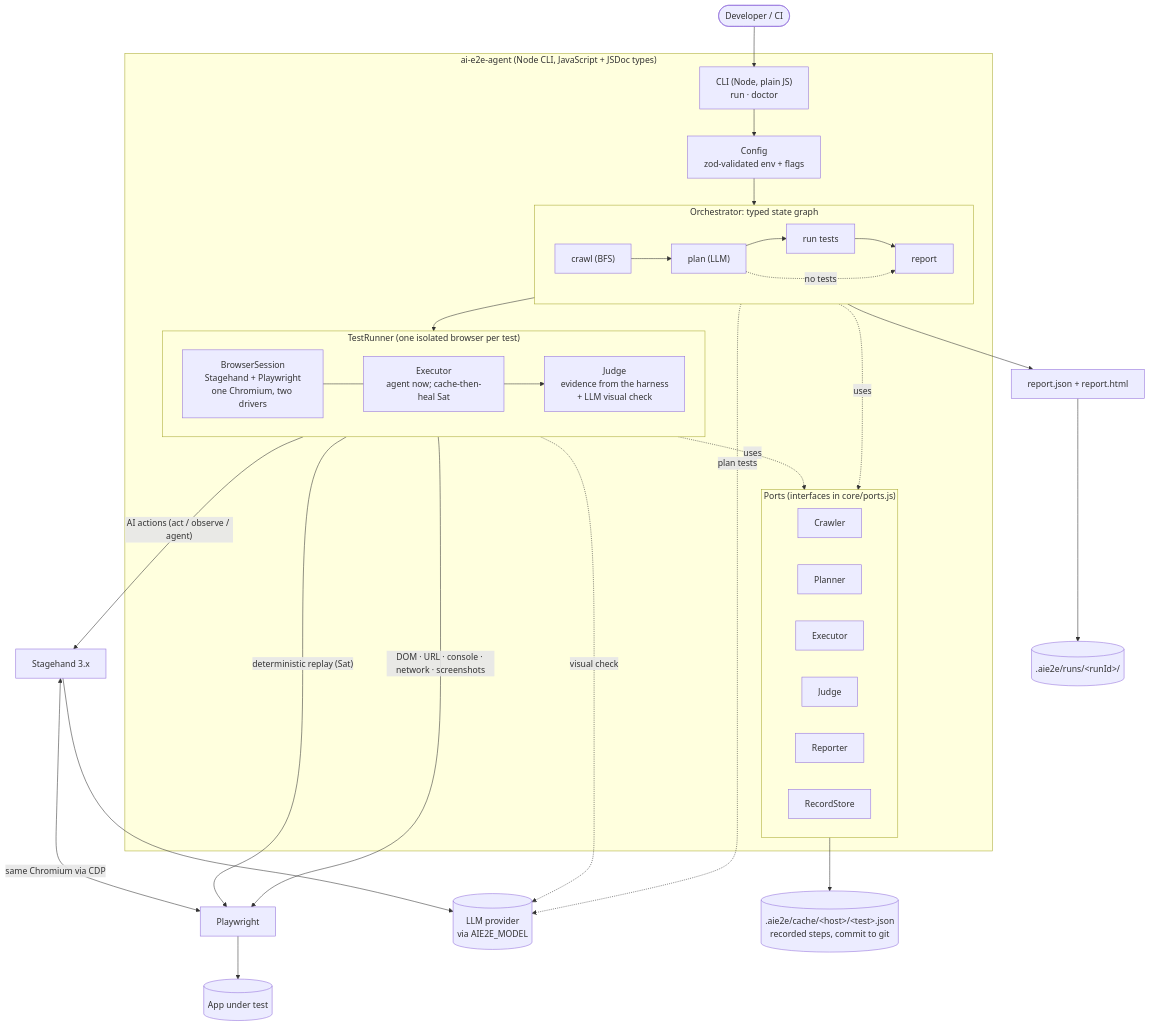
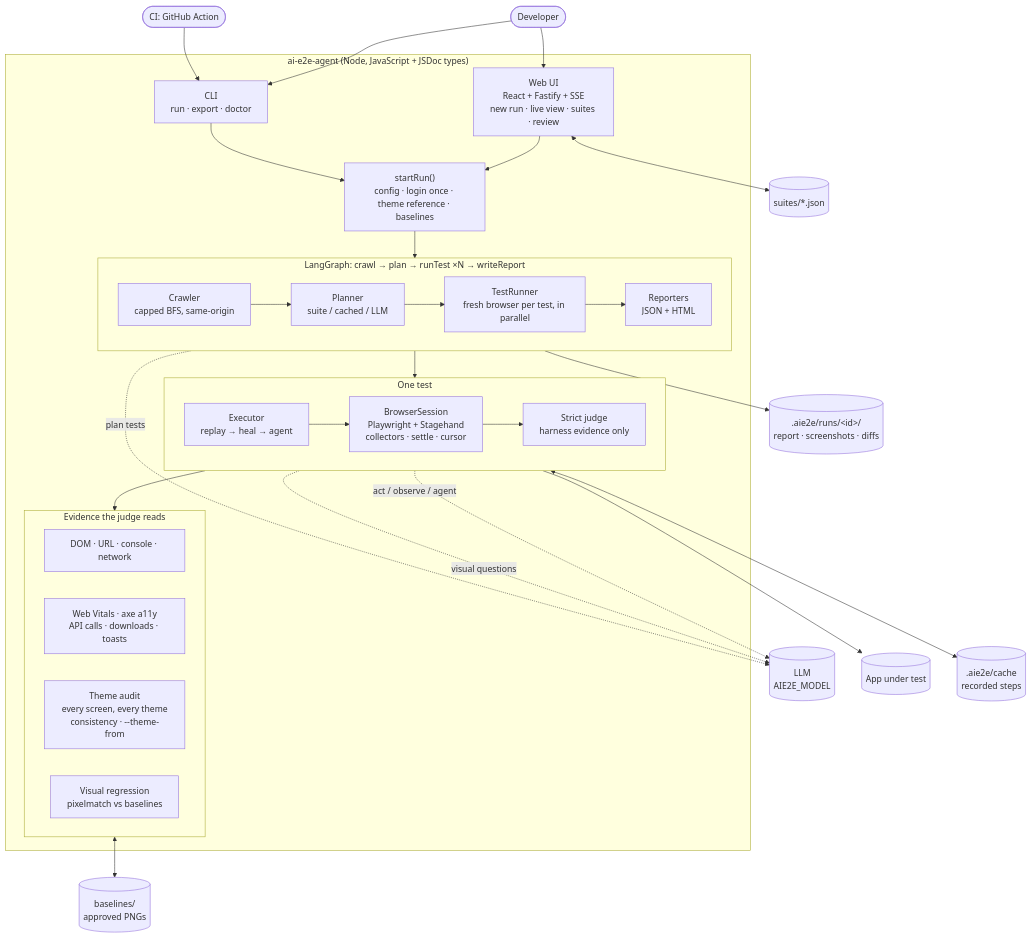
Before and after one commit to Roh4n-1729/AI-E2E-Testing-Agent: the diagram in docs/diagrams/01-components.mmd, drawn with Mermaid. The commit also changed 55 other files, not shown here.

Commit message:
feat: theme check against another product, JSX attribute types, reusable GitHub Action

```diff
--- a/docs/diagrams/01-components.mmd
+++ b/docs/diagrams/01-components.mmd
@@ -1,51 +1,48 @@
 flowchart TB
-  user([Developer / CI]) --> cli
+  dev([Developer]) --> ui
+  dev --> cli
+  ci([CI: GitHub Action]) --> cli
 
-  subgraph app["ai-e2e-agent (Node CLI, JavaScript + JSDoc types)"]
-    cli["CLI (Node, plain JS)<br/>run · doctor"]
-    cfg["Config<br/>zod-validated env + flags"]
+  subgraph app["ai-e2e-agent (Node, JavaScript + JSDoc types)"]
+    ui["Web UI<br/>React + Fastify + SSE<br/>new run · live view · suites · review"]
+    cli["CLI<br/>run · export · doctor"]
+    start["startRun()<br/>config · login once · theme reference · baselines"]
 
-    subgraph orch["Orchestrator: typed state graph"]
+    subgraph lg["LangGraph: crawl → plan → runTest ×N → writeReport"]
       direction LR
-      crawl["crawl (BFS)"] --> plan["plan (LLM)"] --> run["run tests"] --> report["report"]
-      plan -. "no tests" .-> report
+      crawl["Crawler<br/>capped BFS, same-origin"] --> plan["Planner<br/>suite / cached / LLM"]
+      plan --> run["TestRunner<br/>fresh browser per test, in parallel"]
+      run --> report["Reporters<br/>JSON + HTML"]
     end
 
-    subgraph ports["Ports (interfaces in core/ports.js)"]
+    subgraph test["One test"]
       direction LR
-      pCrawler["Crawler"]
-      pPlanner["Planner"]
-      pExecutor["Executor"]
-      pJudge["Judge"]
-      pReporter["Reporter"]
-      pStore["RecordStore"]
+      exec["Executor<br/>replay → heal → agent"]
+      session["BrowserSession<br/>Playwright + Stagehand<br/>collectors · settle · cursor"]
+      judge["Strict judge<br/>harness evidence only"]
+      exec --> session --> judge
     end
 
-    subgraph runner["TestRunner (one isolated browser per test)"]
+    subgraph checks["Evidence the judge reads"]
       direction LR
-      session["BrowserSession<br/>Stagehand + Playwright<br/>one Chromium, two drivers"]
-      exec["Executor<br/>agent now; cache-then-heal Sat"]
-      judge["Judge<br/>evidence from the harness<br/>+ LLM visual check"]
-      session --- exec
-      exec --> judge
+      basic["DOM · URL · console · network"]
+      quality["Web Vitals · axe a11y<br/>API calls · downloads · toasts"]
+      theme["Theme audit<br/>every screen, every theme<br/>consistency · --theme-from"]
+      visual["Visual regression<br/>pixelmatch vs baselines"]
     end
 
-    cli --> cfg --> orch
-    run --> runner
-    orch -.uses.-> ports
-    runner -.uses.-> ports
+    ui --> start
+    cli --> start
+    start --> lg
+    run --> test
+    judge --> checks
   end
 
-  exec -- "AI actions (act / observe / agent)" --> sh["Stagehand 3.x"]
-  exec -- "deterministic replay (Sat)" --> pw["Playwright"]
-  judge -- "DOM · URL · console · network · screenshots" --> pw
-  sh <-- "same Chromium via CDP" --> pw
-  sh --> llm[("LLM provider<br/>via AIE2E_MODEL")]
+  exec -. "act / observe / agent" .-> llm[("LLM<br/>AIE2E_MODEL")]
   plan -. "plan tests" .-> llm
-  judge -. "visual check" .-> llm
-  pw --> target[("App under test")]
-
-  reporter["report.json + report.html"]
-  report --> reporter
-  reporter --> out[(".aie2e/runs/&lt;runId&gt;/")]
-  pStore --> cache[(".aie2e/cache/&lt;host&gt;/&lt;test&gt;.json<br/>recorded steps, commit to git")]
+  judge -. "visual questions" .-> llm
+  session --> target[("App under test")]
+  exec <--> store[(".aie2e/cache<br/>recorded steps")]
+  visual <--> baselines[("baselines/<br/>approved PNGs")]
+  ui <--> suites[("suites/*.json")]
+  report --> out[(".aie2e/runs/&lt;id&gt;/<br/>report · screenshots · diffs")]
```
